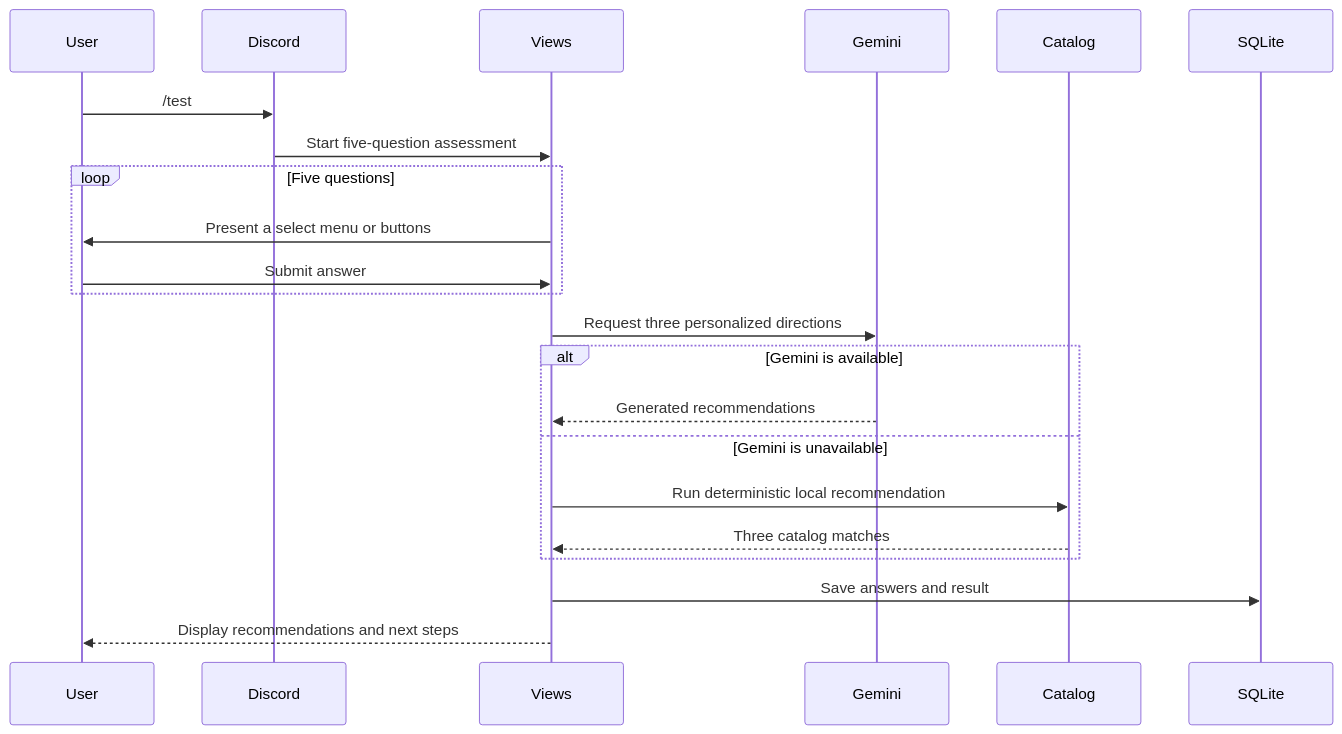
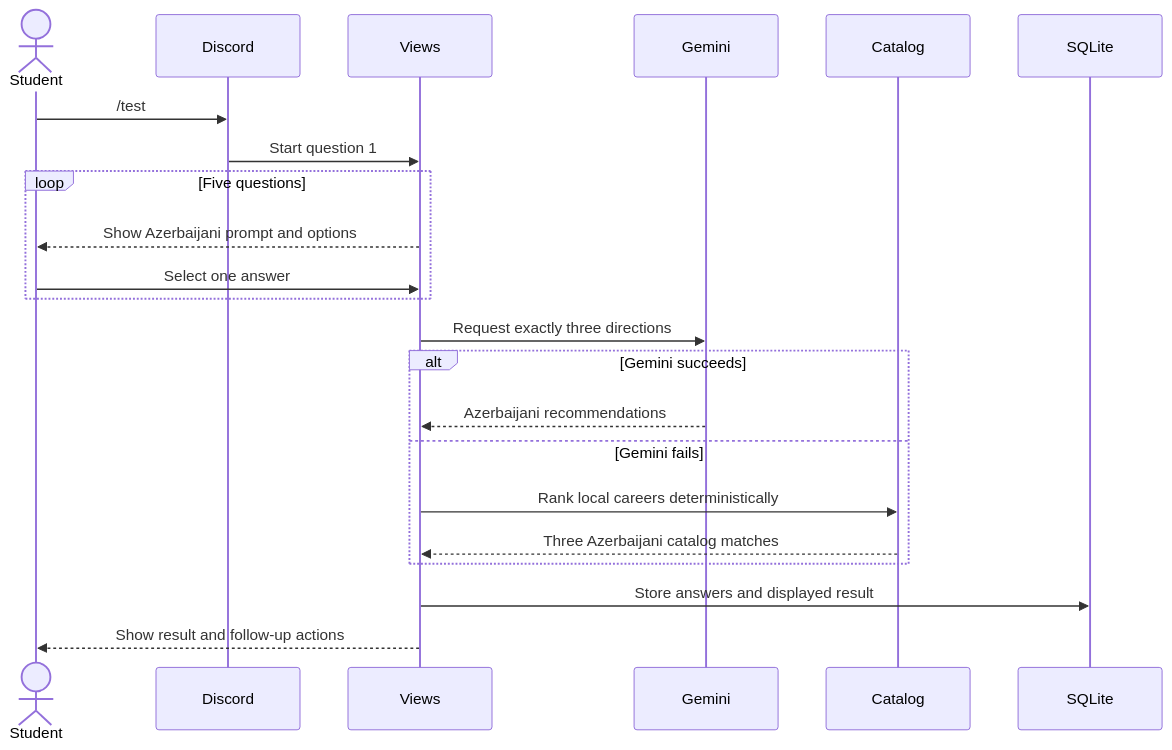
One commit to Kvseis/CareerCompass changed the second of 3 diagrams in docs/ARCHITECTURE.md. Above: the diagram before and after it, drawn with Mermaid. The commit also changed other lines of this file and 2 other files, not shown here.

Commit message:
Architecture documentation update

````diff
--- a/docs/ARCHITECTURE.md
+++ b/docs/ARCHITECTURE.md
@@ -38,25 +76,25 @@
 ```mermaid
 sequenceDiagram
-    participant User
+    actor Student
     participant Discord
     participant Views
     participant Gemini
     participant Catalog
     participant SQLite
 
-    User->>Discord: /test
-    Discord->>Views: Start five-question assessment
+    Student->>Discord: /test
+    Discord->>Views: Start question 1
     loop Five questions
-        Views->>User: Present a select menu or buttons
-        User->>Views: Submit answer
+        Views-->>Student: Show Azerbaijani prompt and options
+        Student->>Views: Select one answer
     end
-    Views->>Gemini: Request three personalized directions
-    alt Gemini is available
-        Gemini-->>Views: Generated recommendations
-    else Gemini is unavailable
-        Views->>Catalog: Run deterministic local recommendation
-        Catalog-->>Views: Three catalog matches
+    Views->>Gemini: Request exactly three directions
+    alt Gemini succeeds
+        Gemini-->>Views: Azerbaijani recommendations
+    else Gemini fails
+        Views->>Catalog: Rank local careers deterministically
+        Catalog-->>Views: Three Azerbaijani catalog matches
     end
-    Views->>SQLite: Save answers and result
-    Views-->>User: Display recommendations and next steps
+    Views->>SQLite: Store answers and displayed result
+    Views-->>Student: Show result and follow-up actions
 ```
````
